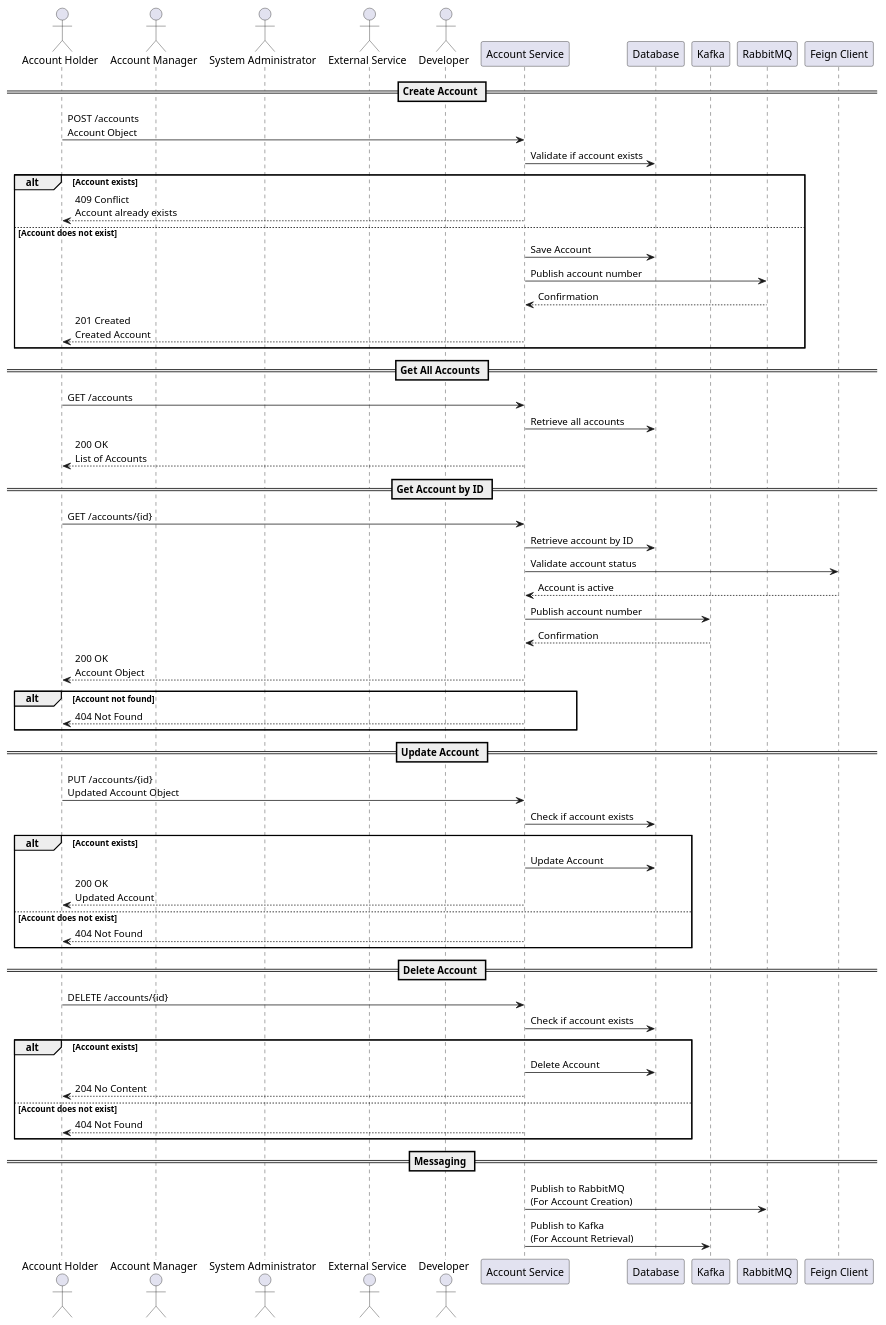
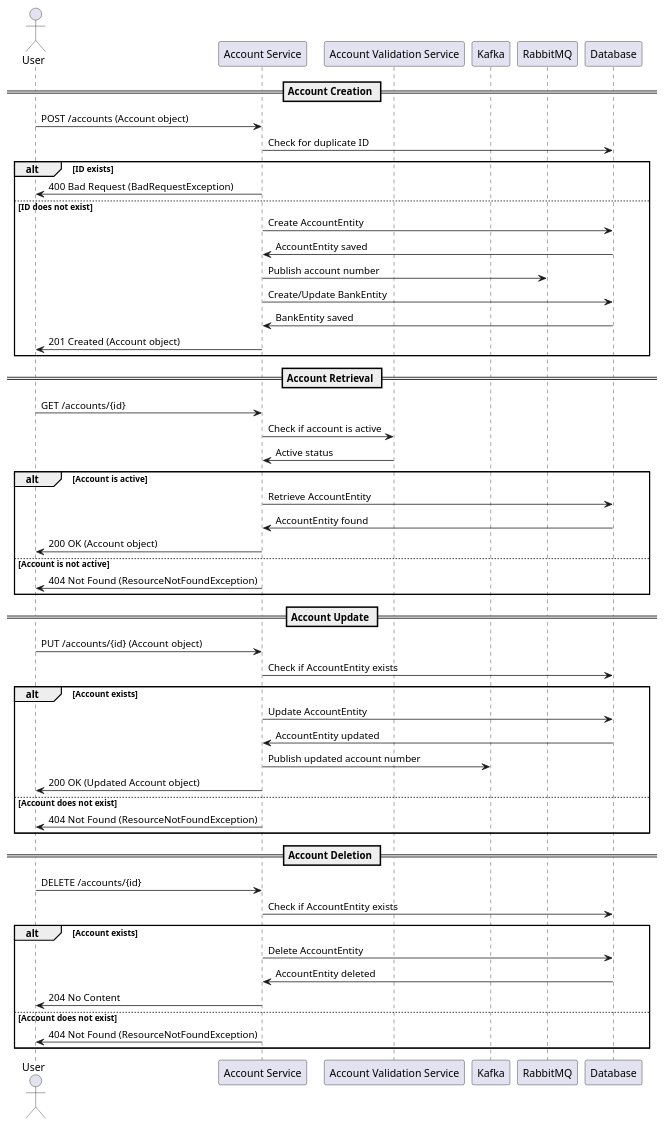
Before and after one commit to Bhaskar-Pavan/AccountService: the diagram in design_document/AccountService.md, drawn with PlantUML. The commit also changed other lines of this file, not shown here.

````diff
--- a/design_document/AccountService.md
+++ b/design_document/AccountService.md
@@ -49,69 +40,60 @@
 ```plantuml
 @startuml
-actor "Account Holder" as AH
-actor "Account Manager" as AM
-actor "System Administrator" as SA
-actor "External Service" as ES
-actor "Developer" as DEV
+actor User
+participant "Account Service" as AccountService
+participant "Account Validation Service" as AccountValidationService
+participant "Kafka" as Kafka
+participant "RabbitMQ" as RabbitMQ
+participant "Database" as Database
 
-participant "Account Service" as AS
-participant "Database" as DB
-participant "Kafka" as K
-participant "RabbitMQ" as R
-participant "Feign Client" as FC
-
-== Create Account ==
-AH -> AS : POST /accounts\nAccount Object
-AS -> DB : Validate if account exists
-alt Account exists
-    AS --> AH : 409 Conflict\nAccount already exists
-else Account does not exist
-    AS -> DB : Save Account
-    AS -> R : Publish account number
-    R --> AS : Confirmation
-    AS --> AH : 201 Created\nCreated Account
+== Account Creation ==
+User -> AccountService: POST /accounts (Account object)
+AccountService -> Database: Check for duplicate ID
+alt ID exists
+    AccountService -> User: 400 Bad Request (BadRequestException)
+else ID does not exist
+    AccountService -> Database: Create AccountEntity
+    Database -> AccountService: AccountEntity saved
+    AccountService -> RabbitMQ: Publish account number
+    AccountService -> Database: Create/Update BankEntity
+    Database -> AccountService: BankEntity saved
+    AccountService -> User: 201 Created (Account object)
 end
 
-== Get All Accounts ==
-AH -> AS : GET /accounts
-AS -> DB : Retrieve all accounts
-AS --> AH : 200 OK\nList of Accounts
-
-== Get Account by ID ==
-AH -> AS : GET /accounts/{id}
-AS -> DB : Retrieve account by ID
-AS -> FC : Validate account status
-FC --> AS : Account is active
-AS -> K : Publish account number
-K --> AS : Confirmation
-AS --> AH : 200 OK\nAccount Object
-alt Account not found
-    AS --> AH : 404 Not Found
+== Account Retrieval ==
+User -> AccountService: GET /accounts/{id}
+AccountService -> AccountValidationService: Check if account is active
+AccountValidationService -> AccountService: Active status
+alt Account is active
+    AccountService -> Database: Retrieve AccountEntity
+    Database -> AccountService: AccountEntity found
+    AccountService -> User: 200 OK (Account object)
+else Account is not active
+    AccountService -> User: 404 Not Found (ResourceNotFoundException)
 end
 
-== Update Account ==
-AH -> AS : PUT /accounts/{id}\nUpdated Account Object
-AS -> DB : Check if account exists
+== Account Update ==
+User -> AccountService: PUT /accounts/{id} (Account object)
+AccountService -> Database: Check if AccountEntity exists
 alt Account exists
-    AS -> DB : Update Account
-    AS --> AH : 200 OK\nUpdated Account
+    AccountService -> Database: Update AccountEntity
+    Database -> AccountService: AccountEntity updated
+    AccountService -> Kafka: Publish updated account number
+    AccountService -> User: 200 OK (Updated Account object)
 else Account does not exist
-    AS --> AH : 404 Not Found
+    AccountService -> User: 404 Not Found (ResourceNotFoundException)
 end
 
-== Delete Account ==
-AH -> AS : DELETE /accounts/{id}
-AS -> DB : Check if account exists
+== Account Deletion ==
+User -> AccountService: DELETE /accounts/{id}
+AccountService -> Database: Check if AccountEntity exists
 alt Account exists
-    AS -> DB : Delete Account
-    AS --> AH : 204 No Content
+    AccountService -> Database: Delete AccountEntity
+    Database -> AccountService: AccountEntity deleted
+    AccountService -> User: 204 No Content
 else Account does not exist
-    AS --> AH : 404 Not Found
+    AccountService -> User: 404 Not Found (ResourceNotFoundException)
 end
-
-== Messaging ==
-AS -> R : Publish to RabbitMQ\n(For Account Creation)
-AS -> K : Publish to Kafka\n(For Account Retrieval)
 
 @enduml
 ```
````
